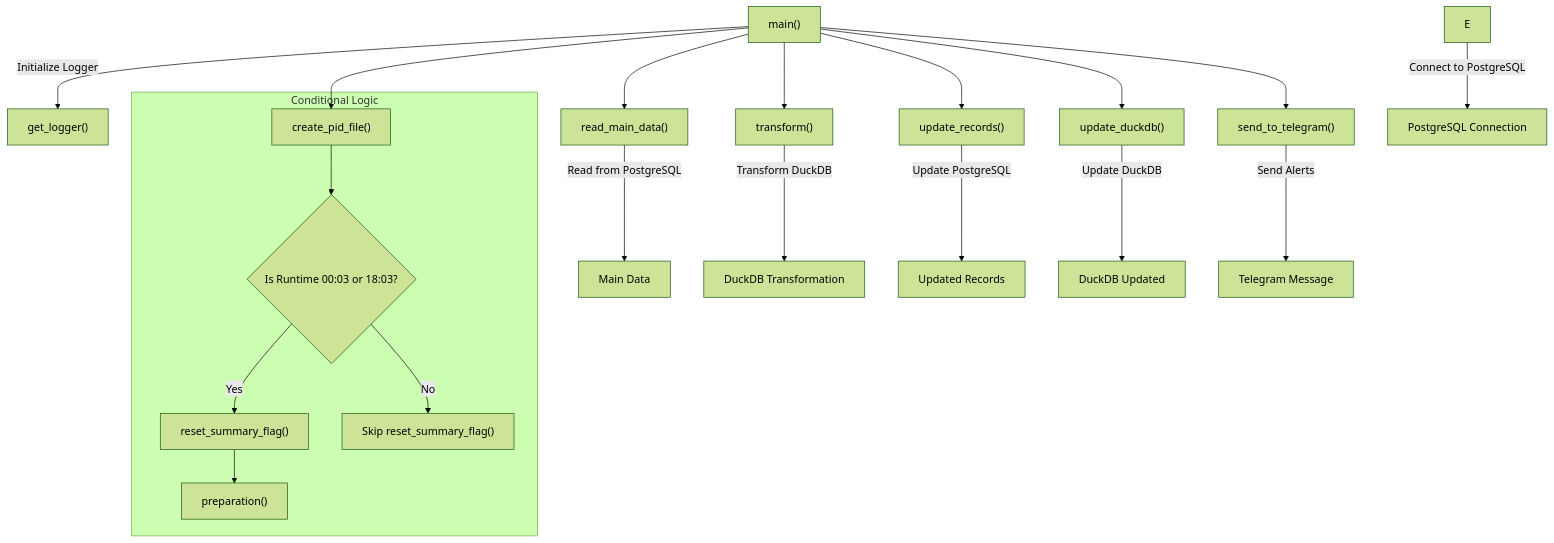
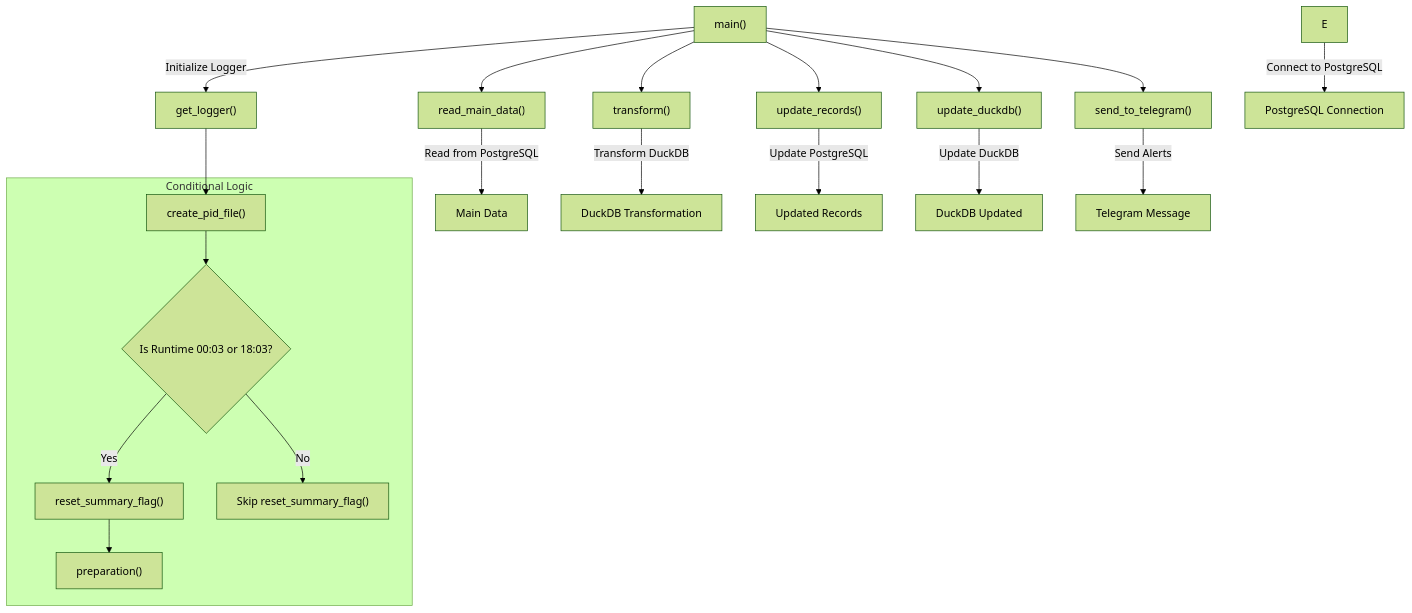
The second of 2 diagrams in UDR/calculation_readme.md (maulanaady/psn), drawn with Mermaid (forest theme) before and after one commit.

Commit message:
update readme file

````diff
--- a/UDR/calculation_readme.md
+++ b/UDR/calculation_readme.md
@@ -75,26 +75,26 @@
 ```mermaid
 graph TD;
     A[main#40;#41;] --> |Initialize Logger| B[get_logger#40;#41;];
-    A --> D[create_pid_file#40;#41;];
+    B --> D[create_pid_file#40;#41;];
     A --> F[read_main_data#40;#41;];
     
     subgraph Conditional Logic
         D --> G{Is Runtime 00:03 or 18:03?}
         G -- Yes --> H[reset_summary_flag#40;#41;];
         G -- No --> I[Skip reset_summary_flag#40;#41;];
         H --> J[preparation#40;#41;];
     end
 
     A --> K[transform#40;#41;];
     A --> L[update_records#40;#41;];
     A --> M[update_duckdb#40;#41;];
     A --> N[send_to_telegram#40;#41;];
 
     E --> |Connect to PostgreSQL| O[PostgreSQL Connection];
     F --> |Read from PostgreSQL| P[Main Data];
     K --> |Transform DuckDB| Q[DuckDB Transformation];
     L --> |Update PostgreSQL| R[Updated Records];
     M --> |Update DuckDB| S[DuckDB Updated];
     N --> |Send Alerts| T[Telegram Message];
 
 ```
````
